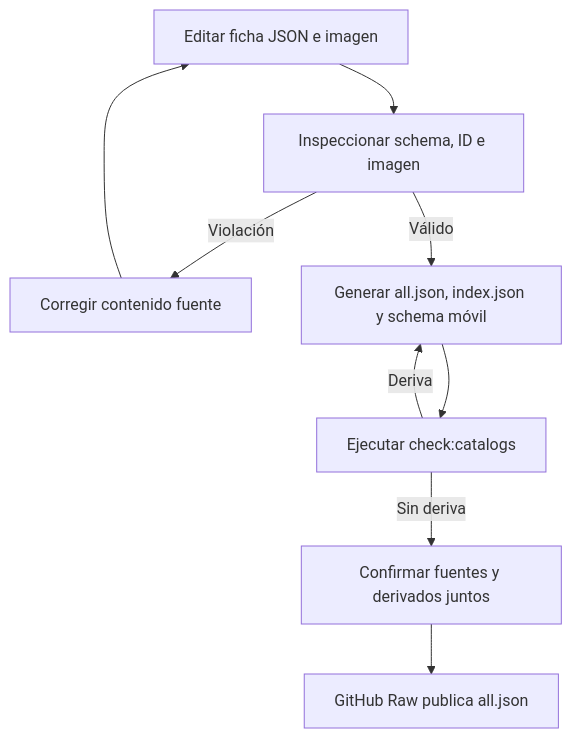
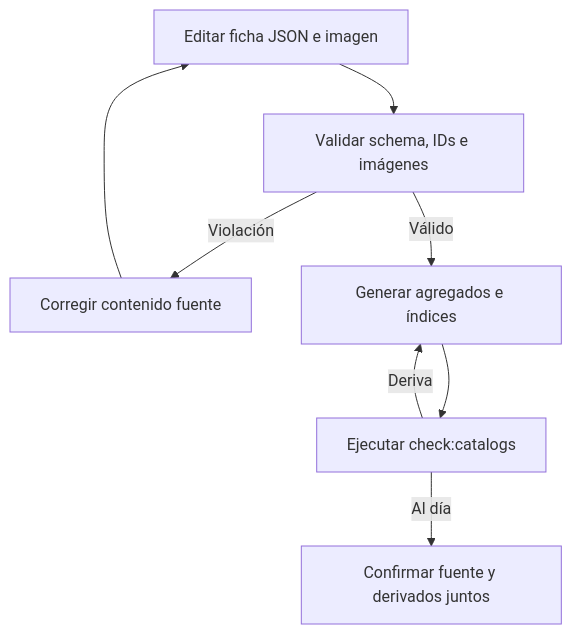
One commit to maximofn/gymnasia changed the first of 2 diagrams in openwiki/content/repositories.md. Above: the diagram before and after it, drawn with Mermaid. The commit also changed other lines of this file and 50 other files, not shown here.

````diff
--- a/openwiki/content/repositories.md
+++ b/openwiki/content/repositories.md
@@ -100,11 +92,10 @@
 ```mermaid
 flowchart TD
-    Edit["Editar ficha JSON e imagen"] --> Inspect["Inspeccionar schema, ID e imagen"]
+    Edit["Editar ficha JSON e imagen"] --> Inspect["Validar schema, IDs e imágenes"]
     Inspect -->|"Violación"| Fix["Corregir contenido fuente"]
     Fix --> Edit
-    Inspect -->|"Válido"| Generate["Generar all.json, index.json y schema móvil"]
+    Inspect -->|"Válido"| Generate["Generar agregados e índices"]
     Generate --> Check["Ejecutar check:catalogs"]
     Check -->|"Deriva"| Generate
-    Check -->|"Sin deriva"| Commit["Confirmar fuentes y derivados juntos"]
-    Commit --> Raw["GitHub Raw publica all.json"]
+    Check -->|"Al día"| Commit["Confirmar fuente y derivados juntos"]
 ```
````
